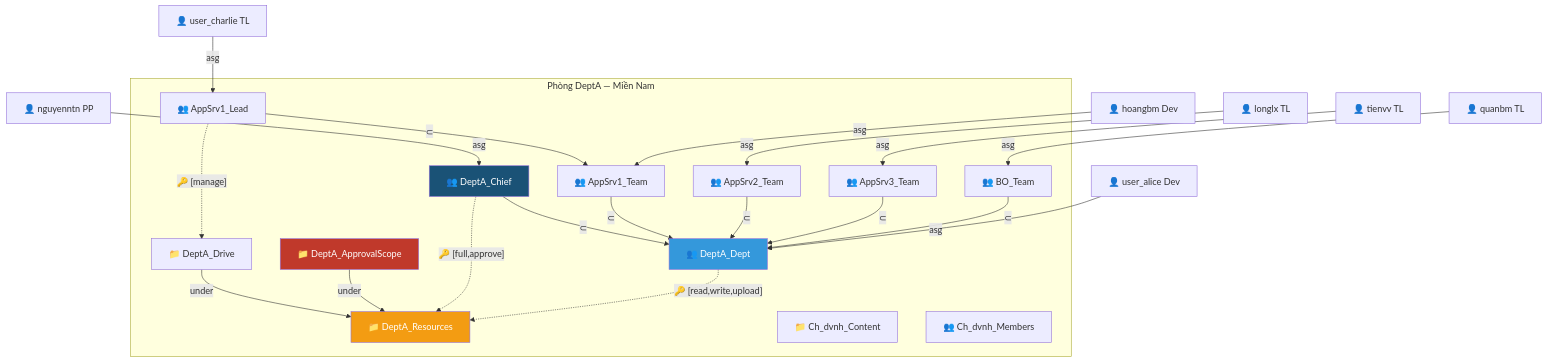
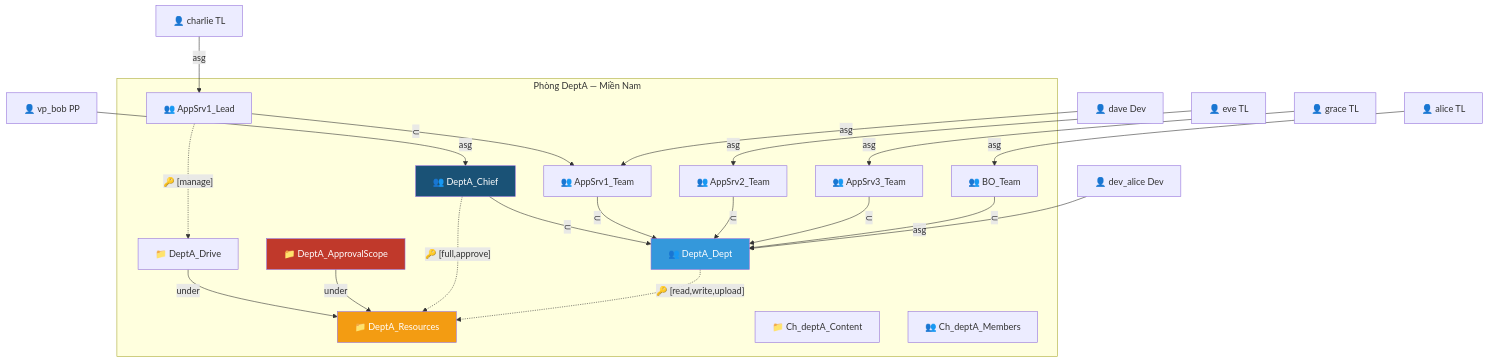
One commit to minhquan2904/llm-wiki changed the second of 10 diagrams in raw/ngac/ngac_in_real_project/ngac-practical-guide.md. Above: the diagram before and after it, drawn with Mermaid. The commit also changed other lines of this file and 23 other files, not shown here.

````diff
--- a/raw/ngac/ngac_in_real_project/ngac-practical-guide.md
+++ b/raw/ngac/ngac_in_real_project/ngac-practical-guide.md
@@ -318,44 +318,44 @@
 ```mermaid
 graph TD
-    subgraph dvnh["Phòng DeptA — Miền Nam"]
+    subgraph deptA["Phòng DeptA — Miền Nam"]
         DEPT["👥 DeptA_Dept"]
         CHIEF["👥 DeptA_Chief"]
         RES["📁 DeptA_Resources"]
         DRIVE["📁 DeptA_Drive"]
         APPR["📁 DeptA_ApprovalScope"]
-        CH_C["📁 Ch_dvnh_Content"]
-        CH_M["👥 Ch_dvnh_Members"]
+        CH_C["📁 Ch_deptA_Content"]
+        CH_M["👥 Ch_deptA_Members"]
 
         T1["👥 AppSrv1_Team"]
         T1L["👥 AppSrv1_Lead"]
         T2["👥 AppSrv2_Team"]
         T3["👥 AppSrv3_Team"]
         TBO["👥 BO_Team"]
 
         CHIEF -->|"⊂"| DEPT
         T1L -->|"⊂"| T1
         T1 -->|"⊂"| DEPT
         T2 -->|"⊂"| DEPT
         T3 -->|"⊂"| DEPT
         TBO -->|"⊂"| DEPT
         DRIVE -->|under| RES
         APPR -->|under| RES
     end
 
-    nguyenntn["👤 nguyenntn PP"] -->|asg| CHIEF
-    user_charlie["👤 user_charlie TL"] -->|asg| T1L
-    user_alice["👤 user_alice Dev"] -->|asg| DEPT
-    hoangbm["👤 hoangbm Dev"] -->|asg| T1
-    longlx["👤 longlx TL"] -->|asg| T2
-    tienvv["👤 tienvv TL"] -->|asg| T3
-    quanbm["👤 quanbm TL"] -->|asg| TBO
+    vp_bob["👤 vp_bob PP"] -->|asg| CHIEF
+    charlie["👤 charlie TL"] -->|asg| T1L
+    dev_alice["👤 dev_alice Dev"] -->|asg| DEPT
+    dave["👤 dave Dev"] -->|asg| T1
+    eve["👤 eve TL"] -->|asg| T2
+    grace["👤 grace TL"] -->|asg| T3
+    alice["👤 alice TL"] -->|asg| TBO
 
     CHIEF -.->|"🔑 [full,approve]"| RES
     DEPT -.->|"🔑 [read,write,upload]"| RES
     T1L -.->|"🔑 [manage]"| DRIVE
 
     style CHIEF fill:#1a5276,color:#fff
     style DEPT fill:#3498db,color:#fff
     style RES fill:#f39c12,color:#fff
     style APPR fill:#c0392b,color:#fff
 ```
````
